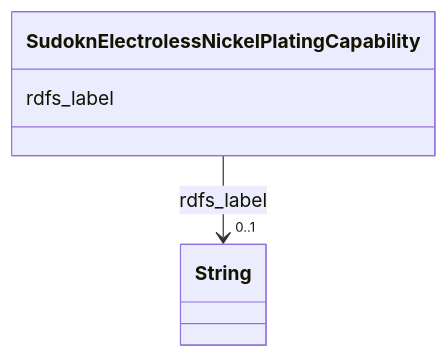
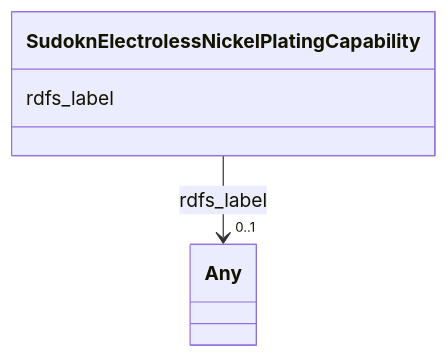
The diagram in sudokn-kg/classes/SudoknElectrolessNickelPlatingCapability.md (frink-okn/graph-descriptions), drawn with Mermaid before and after one commit. The commit also changed other lines of this file and 903 other files, not shown here.

````diff
--- a/sudokn-kg/classes/SudoknElectrolessNickelPlatingCapability.md
+++ b/sudokn-kg/classes/SudoknElectrolessNickelPlatingCapability.md
@@ -23,15 +18,15 @@
 ```mermaid
  classDiagram
     class SudoknElectrolessNickelPlatingCapability
     click SudoknElectrolessNickelPlatingCapability href "../SudoknElectrolessNickelPlatingCapability"
       SudoknElectrolessNickelPlatingCapability : rdfs_label
         
           
     
     
-    SudoknElectrolessNickelPlatingCapability --> "0..1" String : rdfs_label
-    click String href "../String"
+    SudoknElectrolessNickelPlatingCapability --> "0..1" Any : rdfs_label
+    click Any href "../Any"
 
         
       
 ```
````
